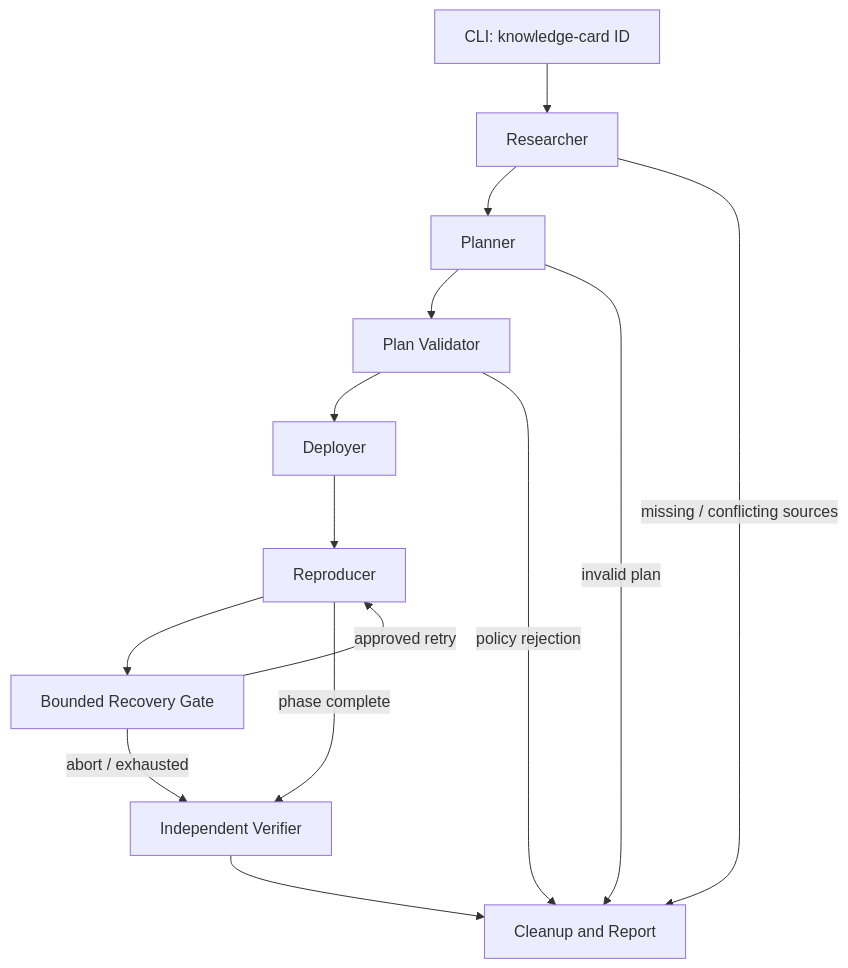
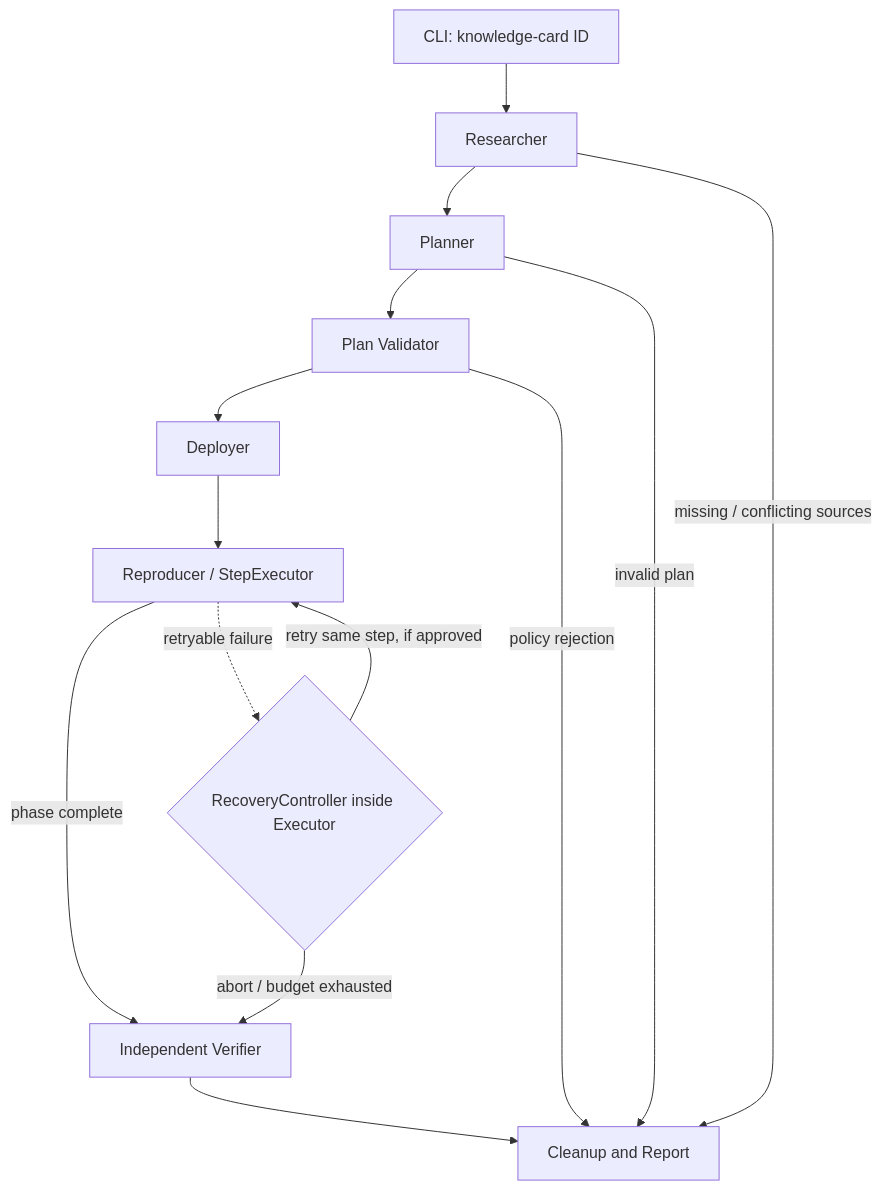
The diagram in docs/architecture.md (yyi614047-boop/VulnForge), drawn with Mermaid before and after one commit. The commit also changed other lines of this file and 2 other files, not shown here.

Commit message:
Clarify bounded recovery lifecycle and global retry budget

````diff
--- a/docs/architecture.md
+++ b/docs/architecture.md
@@ -7,16 +7,16 @@
 ```mermaid
 flowchart TD
     A[CLI: knowledge-card ID] --> B[Researcher]
     B --> C[Planner]
     C --> D[Plan Validator]
     D --> E[Deployer]
-    E --> F[Reproducer]
-    F --> R[Bounded Recovery Gate]
-    R -->|approved retry| F
-    R -->|abort / exhausted| G[Independent Verifier]
-    F -->|phase complete| G
+    E --> F[Reproducer / StepExecutor]
+    F -->|phase complete| G[Independent Verifier]
+    F -. retryable failure .-> R{RecoveryController inside Executor}
+    R -->|retry same step, if approved| F
+    R -->|abort / budget exhausted| G
     G --> H[Cleanup and Report]
     B -->|missing / conflicting sources| H
     C -->|invalid plan| H
     D -->|policy rejection| H
 ```
````
